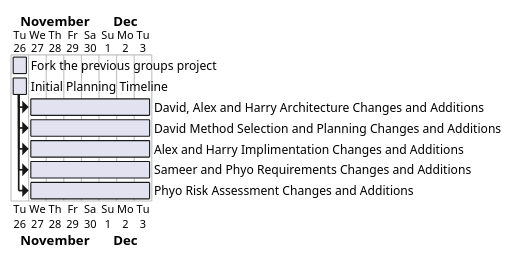
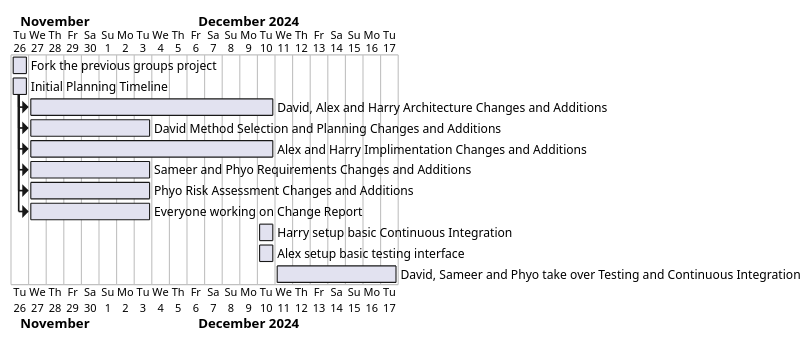
Before and after one commit to GRUMv2/Eng1Ass2Web: the diagram in WebDocs/snapshots/planGantt.puml, drawn with PlantUML. The commit also changed 2 other files, not shown here.

```diff
--- a/WebDocs/snapshots/planGantt.puml
+++ b/WebDocs/snapshots/planGantt.puml
@@ -1,18 +1,26 @@
 @startgantt
 [Fork the previous groups project] as [Prj1] requires 1 days
 [Initial Planning Timeline] as [Plan1] requires 1 days
-[David, Alex and Harry Architecture Changes and Additions] as [Arch2] requires 7 days
+[David, Alex and Harry Architecture Changes and Additions] as [Arch2] requires 14 days
 [David Method Selection and Planning Changes and Additions] as [Plan2] requires 7 days
-[Alex and Harry Implimentation Changes and Additions] as [Imp2] requires 7 days
+[Alex and Harry Implimentation Changes and Additions] as [Imp2] requires 14 days
 [Sameer and Phyo Requirements Changes and Additions] as [Req2] requires 7 days
 [Phyo Risk Assessment Changes and Additions] as [Risk2] requires 7 days
+[Everyone working on Change Report] as [CR] requires 7 days
+[Harry setup basic Continuous Integration] as [CI1] requires 1 days
+[Alex setup basic testing interface] as [Test1] requires 1 days
+[David, Sameer and Phyo take over Testing and Continuous Integration] as [TCI] requires 7 days
 
 Project starts 2024-11-26
 [Prj1] starts 2024-11-26
 [Plan1] starts 2024-11-26
 [Arch2] starts at [Plan1]'s end
 [Plan2] starts at [Plan1]'s end
 [Imp2] starts at [Plan1]'s end
 [Req2] starts at [Plan1]'s end
 [Risk2] starts at [Plan1]'s end
+[CR] starts at [Plan1]'s end
+[CI1] starts at 2024-12-10
+[Test1] starts at 2024-12-10
+[TCI] starts at 2024-12-11
 @endgantt
```
